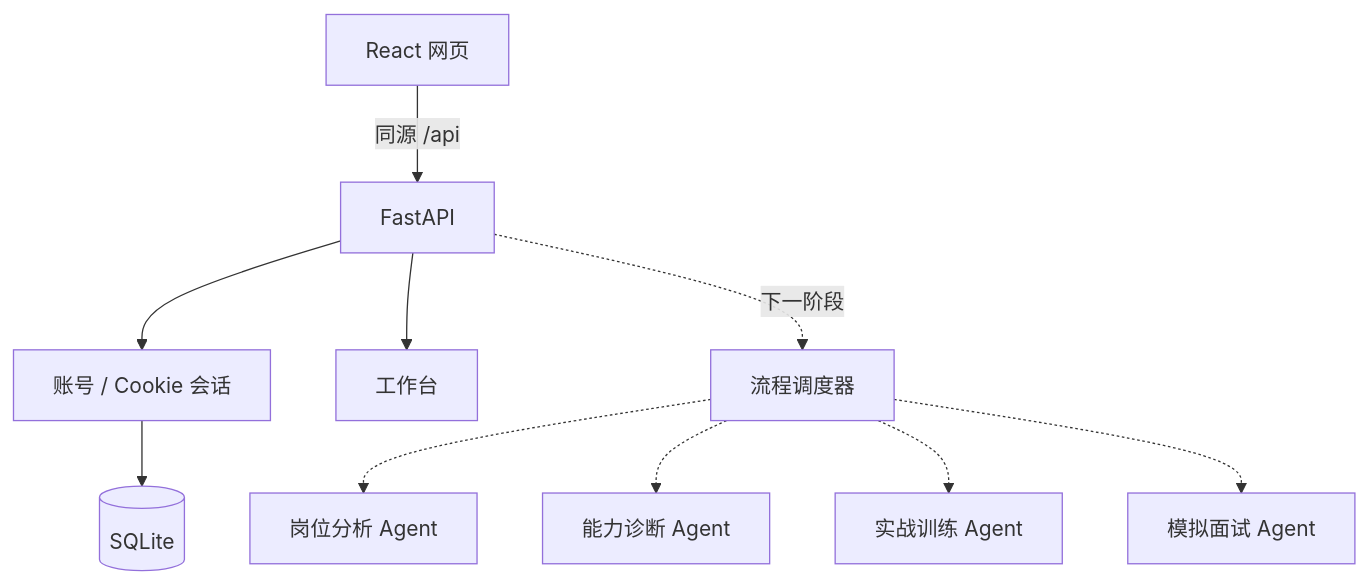
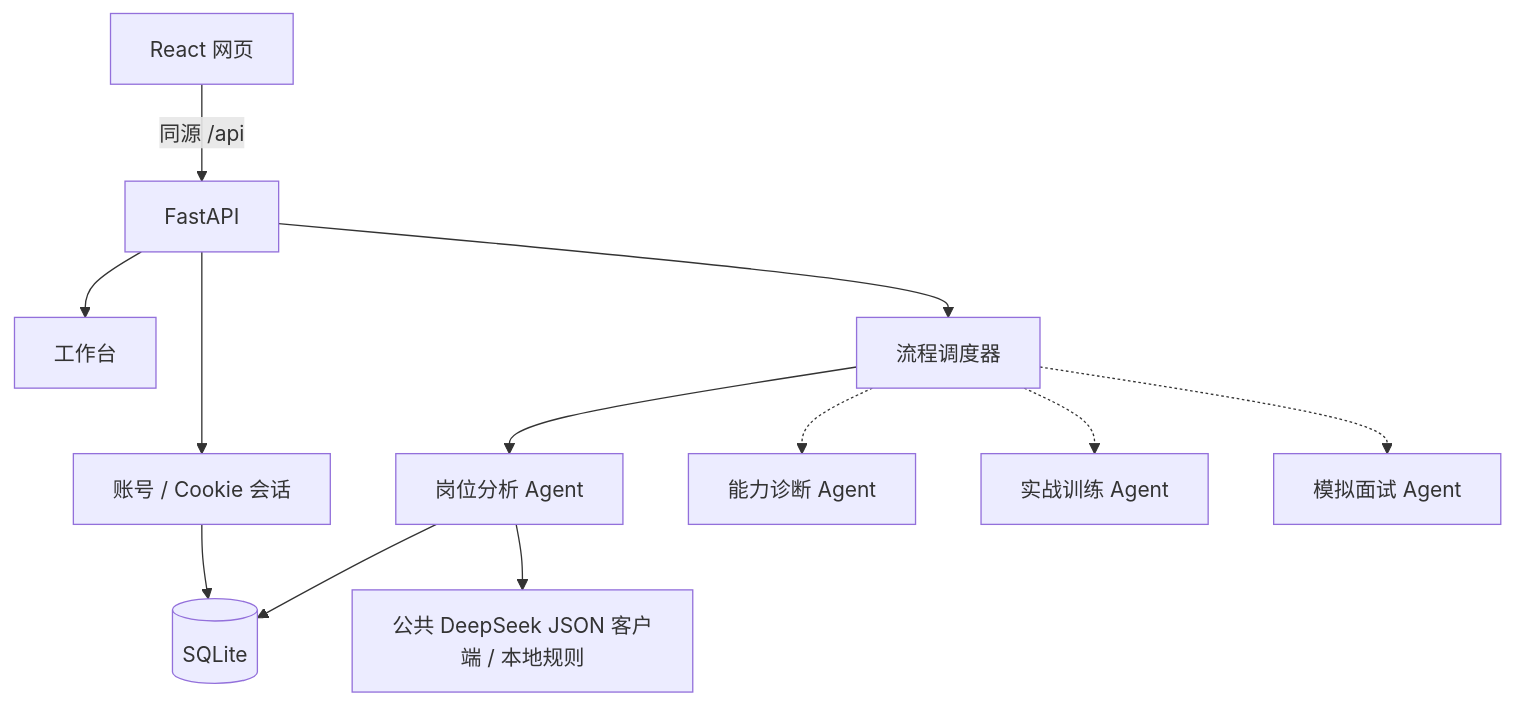
One commit to nnfgl/offer-route changed the diagram in docs/architecture.md. Above: the diagram before and after it, drawn with Mermaid. The commit also changed other lines of this file and 28 other files, not shown here.

Commit message:
feat: implement job analysis agent and workflow entry

````diff
--- a/docs/architecture.md
+++ b/docs/architecture.md
@@ -3,12 +3,14 @@
 ```mermaid
 flowchart TD
     Browser[React 网页] -->|同源 /api| API[FastAPI]
     API --> Auth[账号 / Cookie 会话]
     API --> Workspace[工作台]
     Auth --> DB[(SQLite)]
-    API -. 下一阶段 .-> Flow[流程调度器]
-    Flow -.-> Job[岗位分析 Agent]
+    API --> Flow[流程调度器]
+    Flow --> Job[岗位分析 Agent]
+    Job --> DB
+    Job --> Client[公共 DeepSeek JSON 客户端 / 本地规则]
     Flow -.-> Diagnosis[能力诊断 Agent]
     Flow -.-> Training[实战训练 Agent]
     Flow -.-> Interview[模拟面试 Agent]
 ```
````
